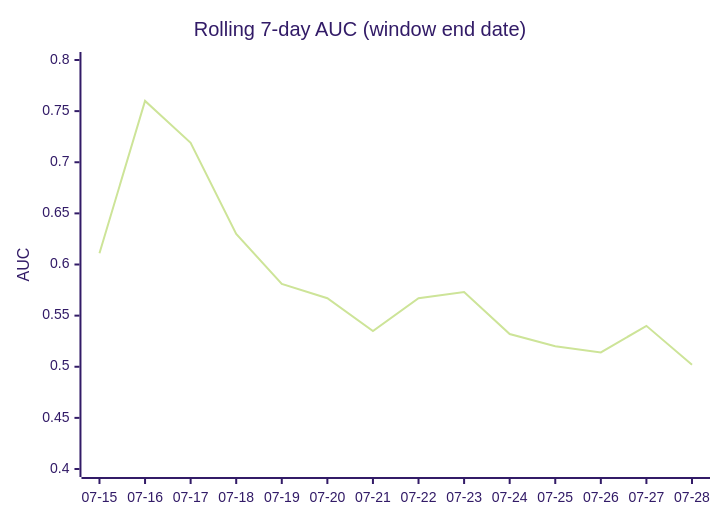
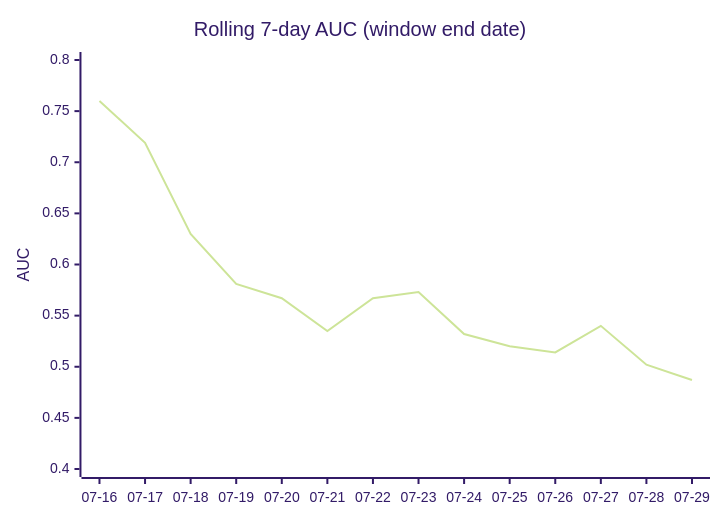
The third of 4 diagrams in DAILY_AGSU_REPORT.md (dpk1212/nhl-savant), drawn with Mermaid (forest theme) before and after one commit. The commit also changed other lines of this file, not shown here.

````diff
--- a/DAILY_AGSU_REPORT.md
+++ b/DAILY_AGSU_REPORT.md
@@ -716,7 +707,7 @@
 ```mermaid
 xychart-beta
     title "Rolling 7-day AUC (window end date)"
-    x-axis ["07-15", "07-16", "07-17", "07-18", "07-19", "07-20", "07-21", "07-22", "07-23", "07-24", "07-25", "07-26", "07-27", "07-28"]
+    x-axis ["07-16", "07-17", "07-18", "07-19", "07-20", "07-21", "07-22", "07-23", "07-24", "07-25", "07-26", "07-27", "07-28", "07-29"]
     y-axis "AUC" 0.4 --> 0.8
-    line [0.611, 0.76, 0.719, 0.63, 0.581, 0.567, 0.535, 0.567, 0.573, 0.532, 0.52, 0.514, 0.54, 0.502]
+    line [0.76, 0.719, 0.63, 0.581, 0.567, 0.535, 0.567, 0.573, 0.532, 0.52, 0.514, 0.54, 0.502, 0.487]
 ```
````
